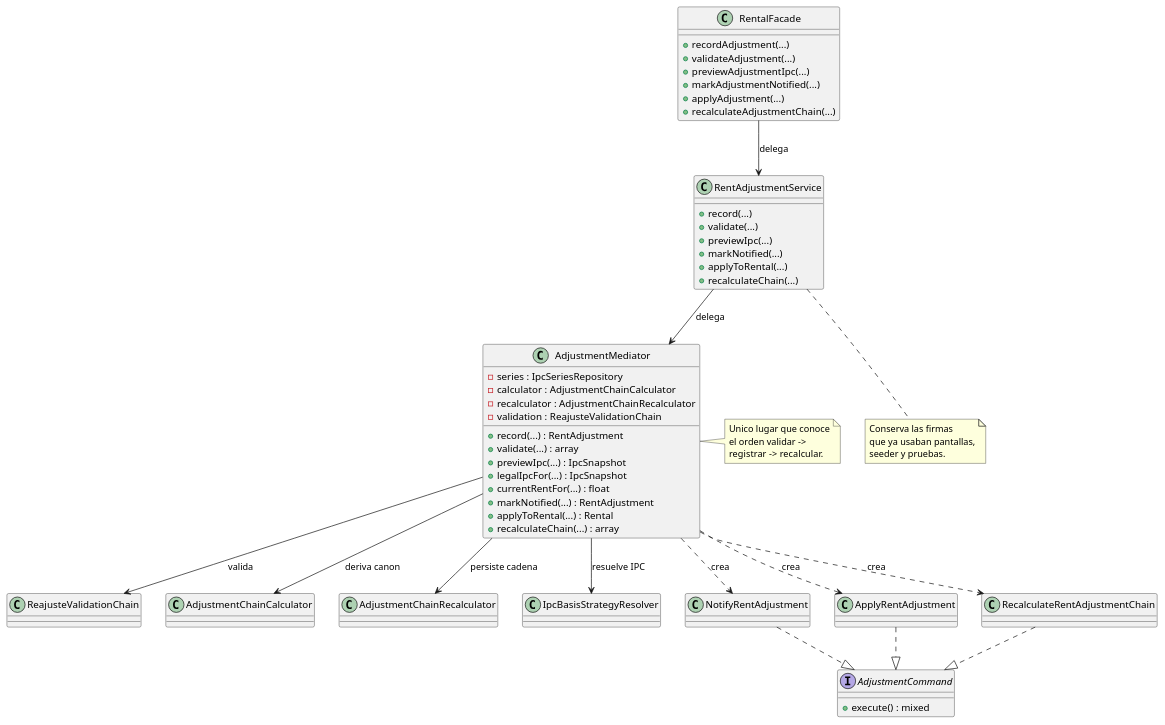
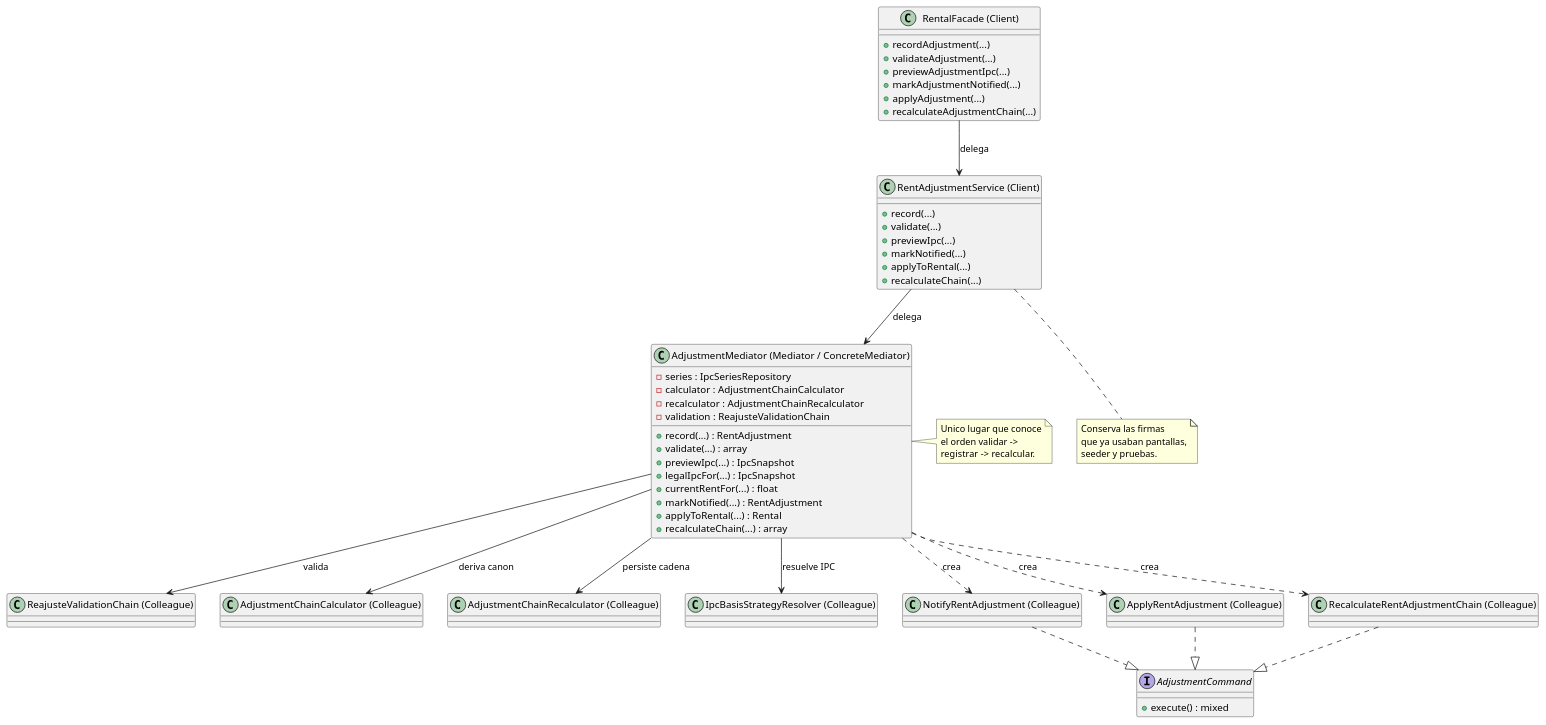
Before and after one commit to diegocastro-ac/prometheus: the first of 3 diagrams in docs/Patrones de comportamiento/Mediator.md, drawn with PlantUML. The commit also changed other lines of this file, not shown here.

Commit message:
docs(patrones): anotar los roles GoF en el UML de Mediator
El diagrama de clases y el diagrama 'despues' rotulan AdjustmentMediator como Mediator/ConcreteMediator, servicio y fachada como Client, y los colaboradores como Colleague, en linea con las tablas de roles del documento.

````diff
--- a/docs/Patrones de comportamiento/Mediator.md
+++ b/docs/Patrones de comportamiento/Mediator.md
@@ -52,75 +52,75 @@
 ```plantuml
 @startuml
 
 interface "AdjustmentCommand" as Command {
   + execute() : mixed
 }
 
-class "AdjustmentMediator" as Mediator {
+class "AdjustmentMediator (Mediator / ConcreteMediator)" as Mediator {
   - series : IpcSeriesRepository
   - calculator : AdjustmentChainCalculator
   - recalculator : AdjustmentChainRecalculator
   - validation : ReajusteValidationChain
   + record(...) : RentAdjustment
   + validate(...) : array
   + previewIpc(...) : IpcSnapshot
   + legalIpcFor(...) : IpcSnapshot
   + currentRentFor(...) : float
   + markNotified(...) : RentAdjustment
   + applyToRental(...) : Rental
   + recalculateChain(...) : array
 }
 
-class "RentAdjustmentService" as Service {
+class "RentAdjustmentService (Client)" as Service {
   + record(...)
   + validate(...)
   + previewIpc(...)
   + markNotified(...)
   + applyToRental(...)
   + recalculateChain(...)
 }
 
-class "RentalFacade" as Facade {
+class "RentalFacade (Client)" as Facade {
   + recordAdjustment(...)
   + validateAdjustment(...)
   + previewAdjustmentIpc(...)
   + markAdjustmentNotified(...)
   + applyAdjustment(...)
   + recalculateAdjustmentChain(...)
 }
 
-class "ReajusteValidationChain" as Validation
-class "AdjustmentChainCalculator" as Calculator
-class "AdjustmentChainRecalculator" as Recalculator
-class "IpcBasisStrategyResolver" as Resolver
-class "NotifyRentAdjustment" as Notify
-class "ApplyRentAdjustment" as Apply
-class "RecalculateRentAdjustmentChain" as Recalculate
+class "ReajusteValidationChain (Colleague)" as Validation
+class "AdjustmentChainCalculator (Colleague)" as Calculator
+class "AdjustmentChainRecalculator (Colleague)" as Recalculator
+class "IpcBasisStrategyResolver (Colleague)" as Resolver
+class "NotifyRentAdjustment (Colleague)" as Notify
+class "ApplyRentAdjustment (Colleague)" as Apply
+class "RecalculateRentAdjustmentChain (Colleague)" as Recalculate
 
 Facade --> Service : delega
 Service --> Mediator : delega
 Mediator --> Validation : valida
 Mediator --> Resolver : resuelve IPC
 Mediator --> Calculator : deriva canon
 Mediator --> Recalculator : persiste cadena
 Mediator ..> Notify : crea
 Mediator ..> Apply : crea
 Mediator ..> Recalculate : crea
 Notify ..|> Command
 Apply ..|> Command
 Recalculate ..|> Command
 
 note right of Mediator
   Unico lugar que conoce
   el orden validar ->
   registrar -> recalcular.
 end note
 
 note bottom of Service
   Conserva las firmas
   que ya usaban pantallas,
   seeder y pruebas.
 end note
 
 @enduml
 ```
````
